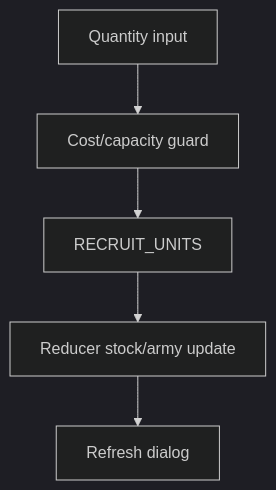
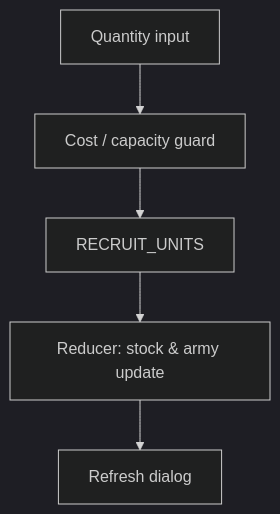
One commit to SunaNoOshiro/Heroes_Reforged_AI_Realms changed the third of 5 diagrams in docs/architecture/wiki/screens/25-building-recruitment-dialog/architecture.md. Above: the diagram before and after it, drawn with Mermaid (dark theme). The commit also changed other lines of this file and 518 other files, not shown here.

First line of the commit message:
Add doc-audit skill and sweep architecture/screen docs

````diff
--- a/docs/architecture/wiki/screens/25-building-recruitment-dialog/architecture.md
+++ b/docs/architecture/wiki/screens/25-building-recruitment-dialog/architecture.md
@@ -46,8 +49,8 @@
 ```mermaid
 flowchart TD
   I0["Quantity input"] --> I1
-  I1["Cost/capacity guard"] --> I2
+  I1["Cost / capacity guard"] --> I2
   I2["RECRUIT_UNITS"] --> I3
-  I3["Reducer stock/army update"] --> I4
+  I3["Reducer: stock & army update"] --> I4
   I4["Refresh dialog"]
 ```
````
